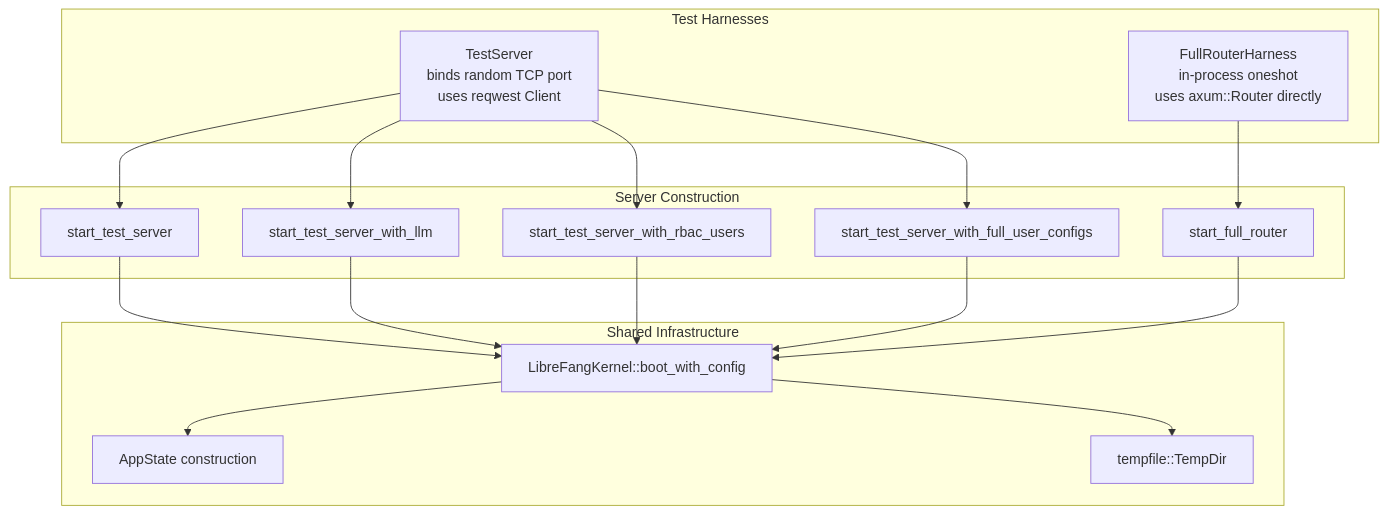
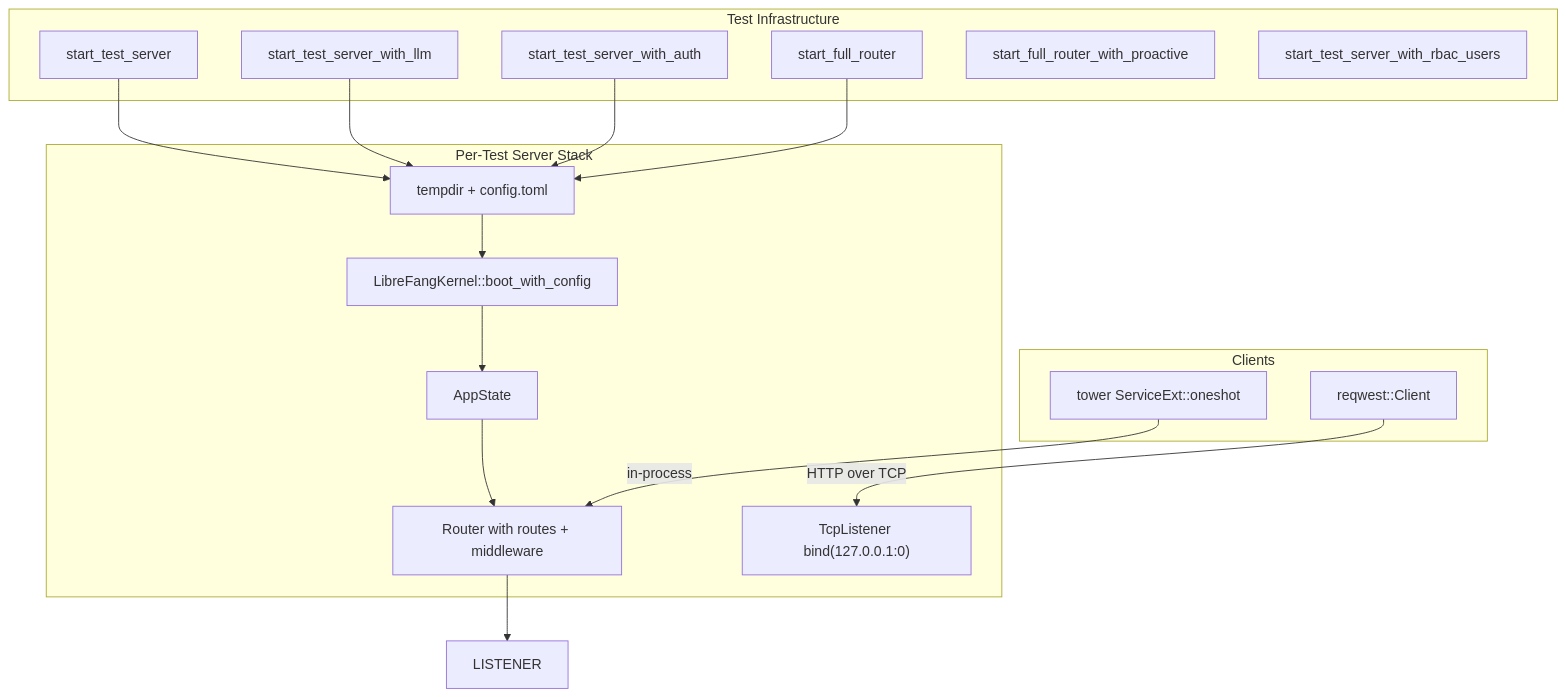
The diagram in other-librefang-api-tests.md (leszek3737/librefang-WIki), drawn with Mermaid before and after one commit. The commit also changed other lines of this file and 94 other files, not shown here.

````diff
--- a/other-librefang-api-tests.md
+++ b/other-librefang-api-tests.md
@@ -18,35 +11,32 @@
 ```mermaid
-graph TD
-    subgraph "Test Harnesses"
-        TS[TestServer<br/>binds random TCP port<br/>uses reqwest Client]
-        FR[FullRouterHarness<br/>in-process oneshot<br/>uses axum::Router directly]
+flowchart TD
+    subgraph "Test Infrastructure"
+        TS[start_test_server]
+        TSL[start_test_server_with_llm]
+        TSA[start_test_server_with_auth]
+        SFR[start_full_router]
+        SFRP[start_full_router_with_proactive]
+        SRBAC[start_test_server_with_rbac_users]
     end
 
-    subgraph "Server Construction"
-        STS[start_test_server]
-        STL[start_test_server_with_llm]
-        SFR[start_full_router]
-        SAR[start_test_server_with_rbac_users]
-        SFP[start_test_server_with_full_user_configs]
+    subgraph "Per-Test Server Stack"
+        TMP[tempdir + config.toml]
+        K[LibreFangKernel::boot_with_config]
+        AS[AppState]
+        R[Router with routes + middleware]
+        LISTEN["TcpListener bind(127.0.0.1:0)"]
     end
 
-    TS --> STS
-    TS --> STL
-    TS --> SAR
-    TS --> SFP
-    FR --> SFR
-
-    subgraph "Shared Infrastructure"
-        K[LibreFangKernel::boot_with_config]
-        AS[AppState construction]
-        TMP[tempfile::TempDir]
+    subgraph "Clients"
+        REQ[reqwest::Client]
+        ONESHOT["tower ServiceExt::oneshot"]
     end
 
-    STS --> K
-    STL --> K
-    SFR --> K
-    SAR --> K
-    SFP --> K
-    K --> AS
-    K --> TMP
+    TS --> TMP --> K --> AS --> R --> LISTENER
+    TSL --> TMP
+    TSA --> TMP
+    SFR --> TMP
+
+    REQ -->|"HTTP over TCP"| LISTEN
+    ONESHOT -->|"in-process"| R
 ```
````
